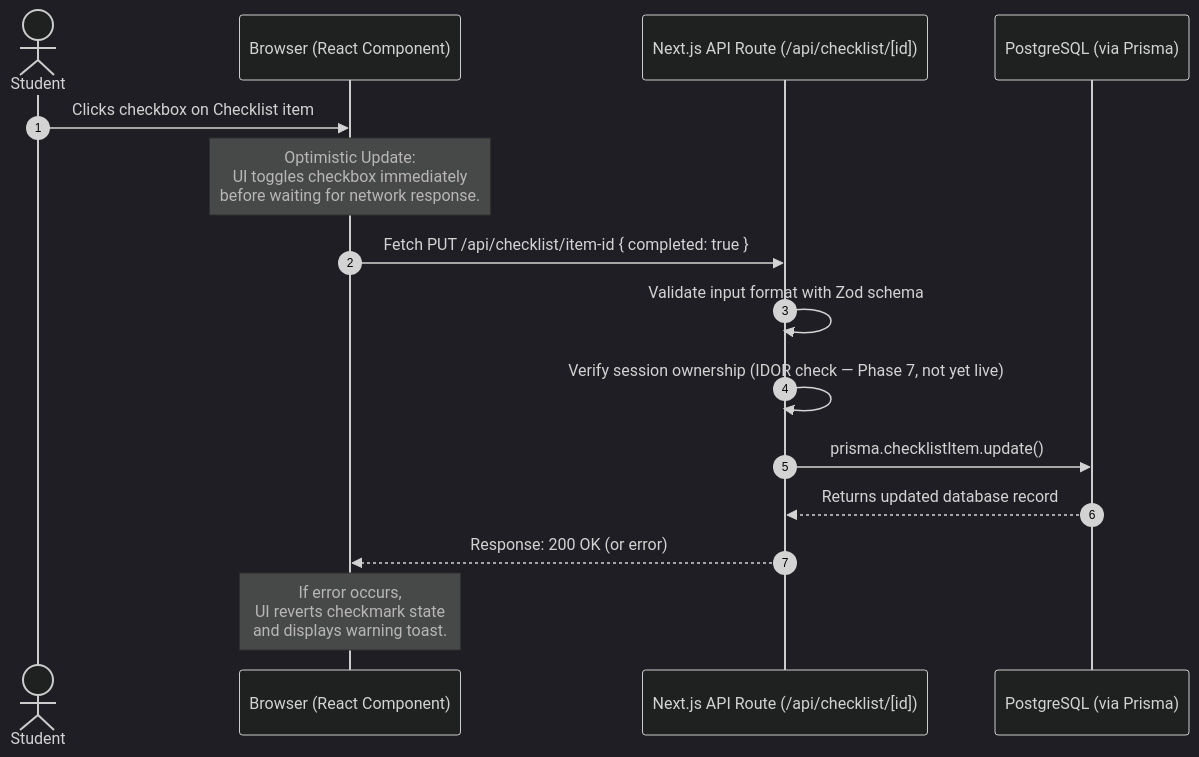
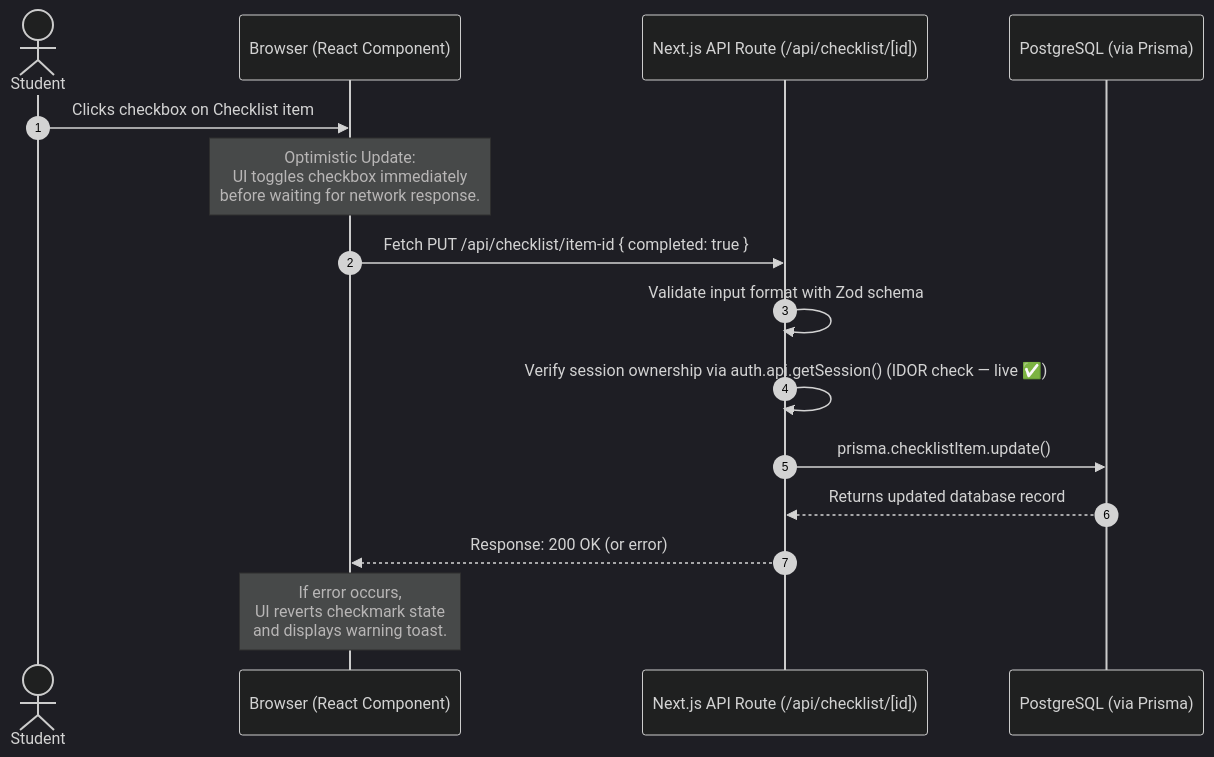
Before and after one commit to jennylyn07/interntrack-ojt-tracker: the second of 2 diagrams in ARCHITECTURE.md, drawn with Mermaid (dark theme). The commit also changed other lines of this file and 2 other files, not shown here.

Commit message:
docs & schema: update documentation and track Better Auth database migration

````diff
--- a/ARCHITECTURE.md
+++ b/ARCHITECTURE.md
@@ -108,18 +109,18 @@
 ```mermaid
 sequenceDiagram
     autonumber
     actor Student
     participant UI as Browser (React Component)
     participant API as Next.js API Route (/api/checklist/[id])
     participant DB as PostgreSQL (via Prisma)
 
     Student->>UI: Clicks checkbox on Checklist item
     Note over UI: Optimistic Update:<br/>UI toggles checkbox immediately<br/>before waiting for network response.
     UI->>API: Fetch PUT /api/checklist/item-id { completed: true }
     API->>API: Validate input format with Zod schema
-    API->>API: Verify session ownership (IDOR check — Phase 7, not yet live)
+    API->>API: Verify session ownership via auth.api.getSession() (IDOR check — live ✅)
     API->>DB: prisma.checklistItem.update()
     DB-->>API: Returns updated database record
     API-->>UI: Response: 200 OK (or error)
     Note over UI: If error occurs,<br/>UI reverts checkmark state<br/>and displays warning toast.
 ```
````
